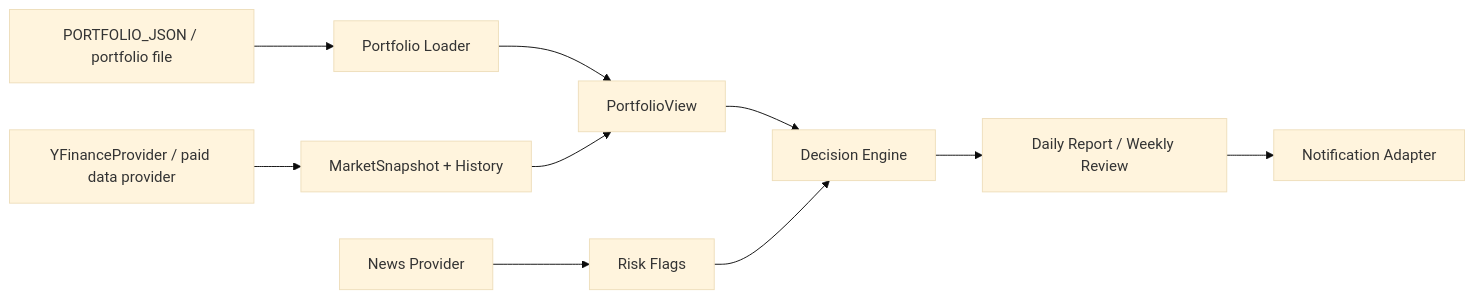
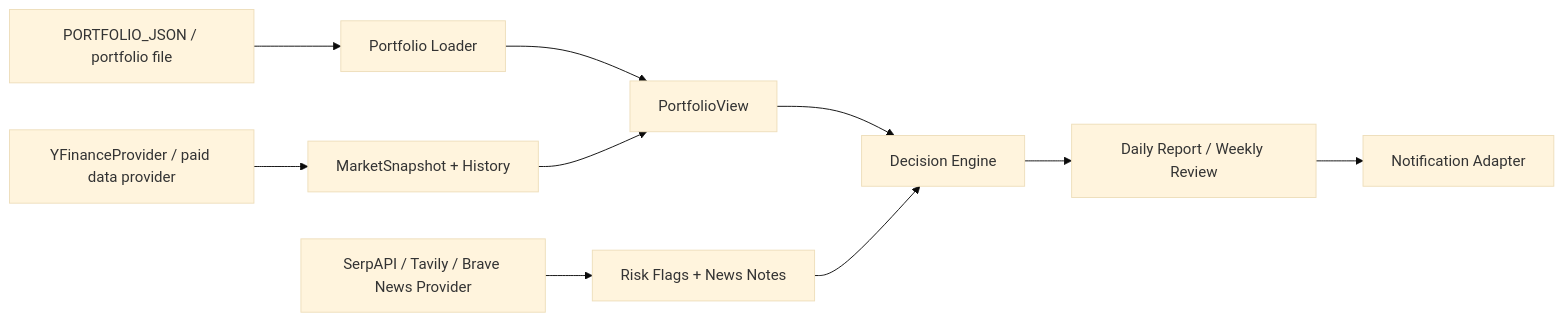
One commit to TRUSOGEN/Stock-EGON changed the second of 2 diagrams in docs/principle.md. Above: the diagram before and after it, drawn with Mermaid (base theme). The commit also changed other lines of this file and 11 other files, not shown here.

````diff
--- a/docs/principle.md
+++ b/docs/principle.md
@@ -24,12 +24,12 @@
 ```mermaid
 flowchart LR
     A["PORTFOLIO_JSON / portfolio file"] --> B["Portfolio Loader"]
     C["YFinanceProvider / paid data provider"] --> D["MarketSnapshot + History"]
-    E["News Provider"] --> F["Risk Flags"]
+    E["SerpAPI / Tavily / Brave News Provider"] --> F["Risk Flags + News Notes"]
     B --> G["PortfolioView"]
     D --> G
     G --> H["Decision Engine"]
     F --> H
     H --> I["Daily Report / Weekly Review"]
     I --> J["Notification Adapter"]
 ```
````
